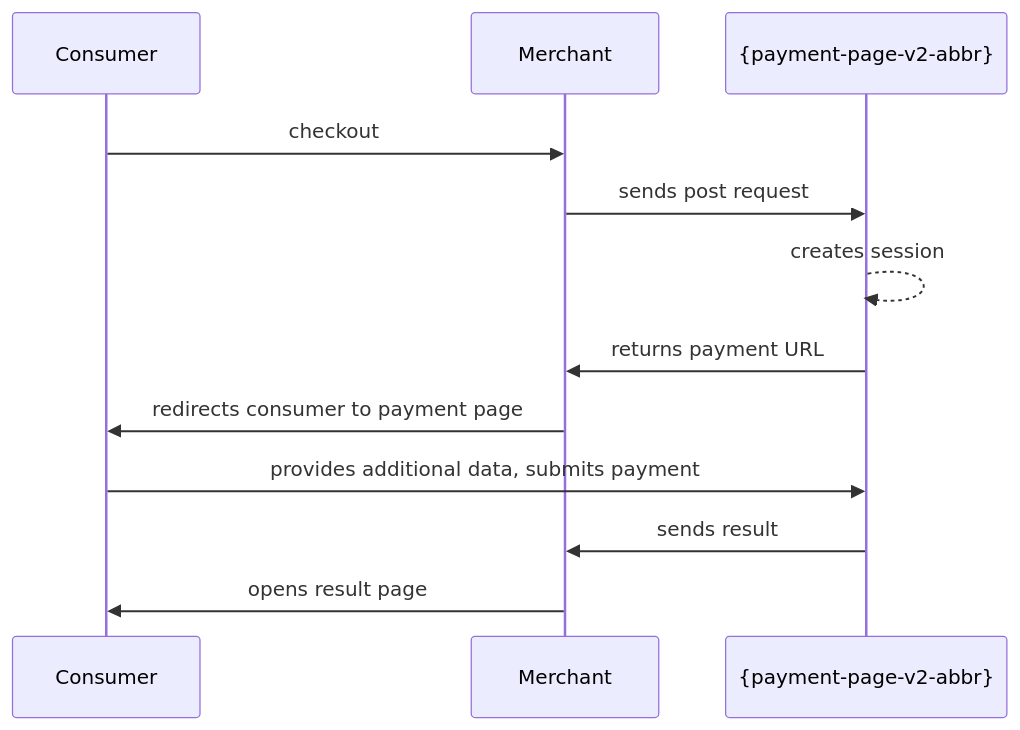
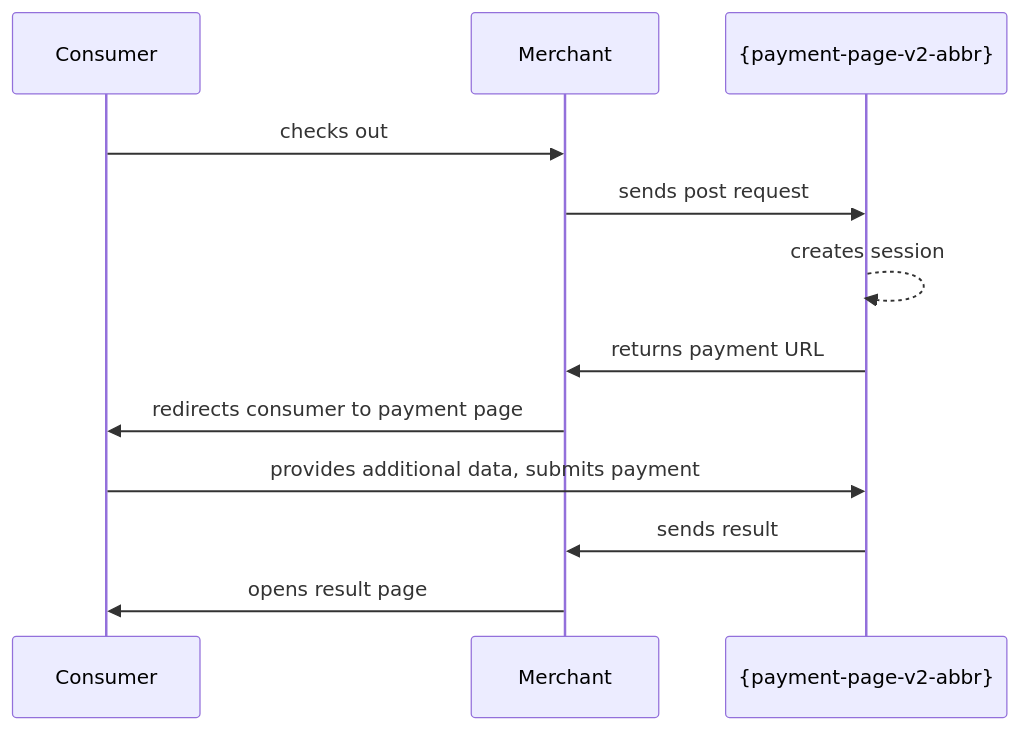
One commit to wirecard/merchant-documentation-gateway changed the diagram in 03-01-10-wpp-workflow.adoc. Above: the diagram before and after it, drawn with Mermaid.

Commit message:
Update Mermaid Diagrams

```diff
--- a/03-01-10-wpp-workflow.adoc
+++ b/03-01-10-wpp-workflow.adoc
@@ -7,15 +7,15 @@
 [mermaid,PPSolutions_PPv2_Workflow,svg,subs=attributes+]
 ----
 sequenceDiagram
     participant A as Consumer
     participant B as Merchant
     participant C as {payment-page-v2-abbr}
-        A ->> B: checkout
+        A ->> B: checks out
         B ->> C: sends post request
         C -->> C: creates session
         C ->> B: returns payment URL
         B ->> A: redirects consumer to payment page
         A ->> C: provides additional data, submits payment
         C ->> B: sends result
         B ->> A: opens result page
 ----
```
